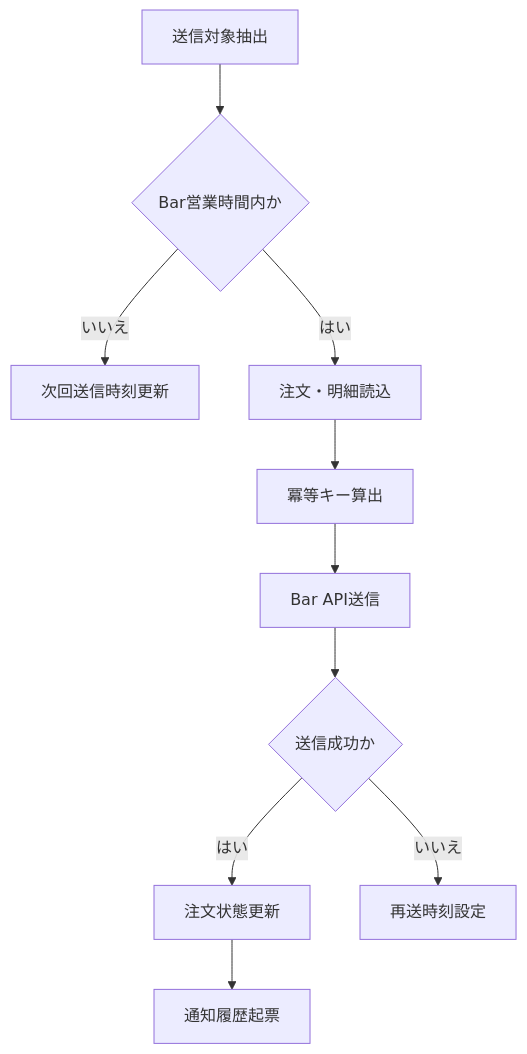
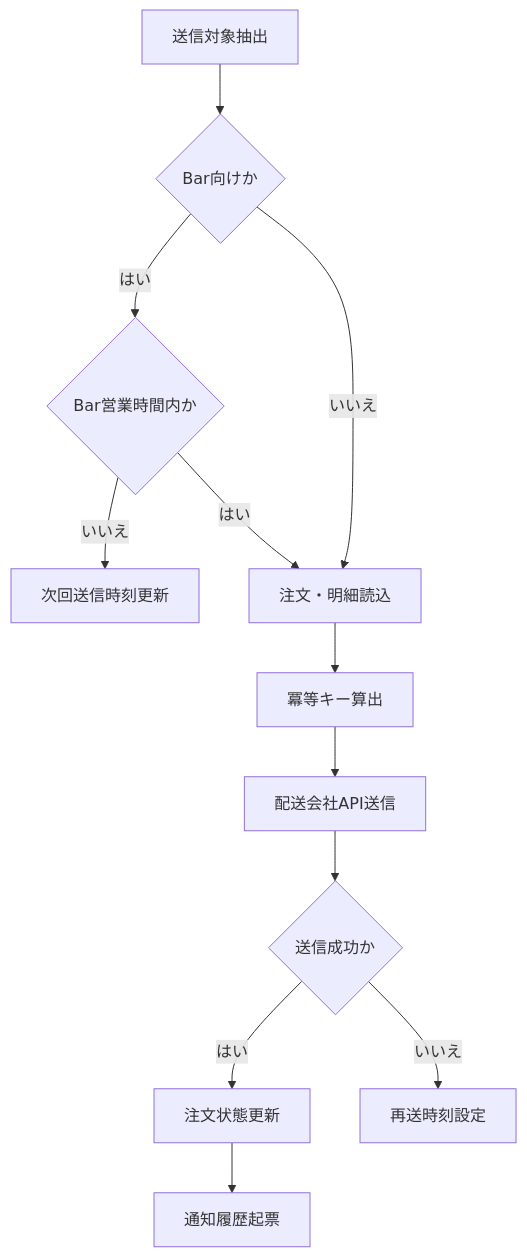
The diagram in docs/自社内部設計/業務設計/メソッド設計書/MTD-002_配送会社連携メソッド設計書.md (CalorieMateEater/training-project-logistics-company), drawn with Mermaid before and after one commit. The commit also changed other lines of this file and 235 other files, not shown here.

````diff
--- a/docs/自社内部設計/業務設計/メソッド設計書/MTD-002_配送会社連携メソッド設計書.md
+++ b/docs/自社内部設計/業務設計/メソッド設計書/MTD-002_配送会社連携メソッド設計書.md
@@ -43,12 +43,14 @@
 ```mermaid
 flowchart TD
-    A[送信対象抽出] --> B{Bar営業時間内か}
-    B -- いいえ --> C[次回送信時刻更新]
-    B -- はい --> D[注文・明細読込]
-    D --> E[冪等キー算出]
-    E --> F[Bar API送信]
-    F --> G{送信成功か}
-    G -- はい --> H[注文状態更新]
-    H --> I[通知履歴起票]
-    G -- いいえ --> J[再送時刻設定]
+    A[送信対象抽出] --> B{Bar向けか}
+    B -- はい --> C{Bar営業時間内か}
+    C -- いいえ --> D[次回送信時刻更新]
+    C -- はい --> E[注文・明細読込]
+    B -- いいえ --> E
+    E --> F[冪等キー算出]
+    F --> G[配送会社API送信]
+    G --> H{送信成功か}
+    H -- はい --> I[注文状態更新]
+    I --> J[通知履歴起票]
+    H -- いいえ --> K[再送時刻設定]
 ```
````
